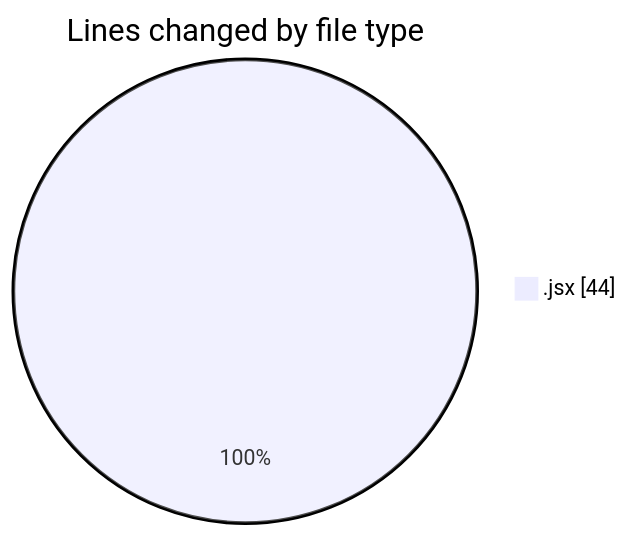
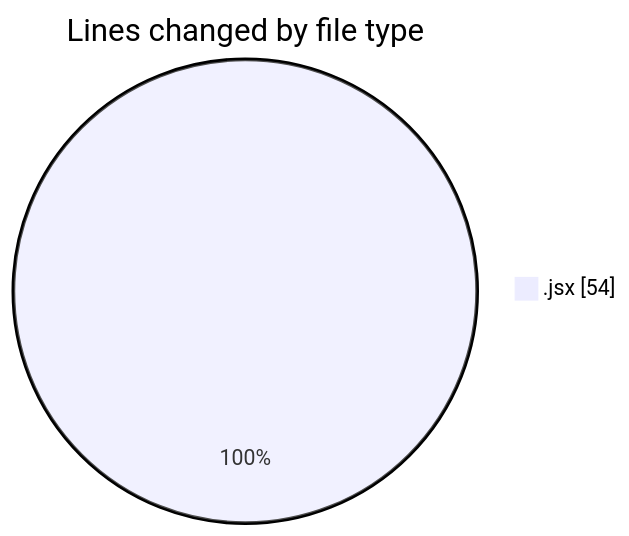
The first of 2 diagrams in 2025-01-27/react/README.md (Elitesun/code-tracking), drawn with Mermaid before and after one commit. The commit also changed other lines of this file and 1 other file, not shown here.

````diff
--- a/2025-01-27/react/README.md
+++ b/2025-01-27/react/README.md
@@ -21,5 +21,5 @@
 ```mermaid
 pie showData
 title Lines changed by file type
-".jsx" : 44
+".jsx" : 54
 ```
````
